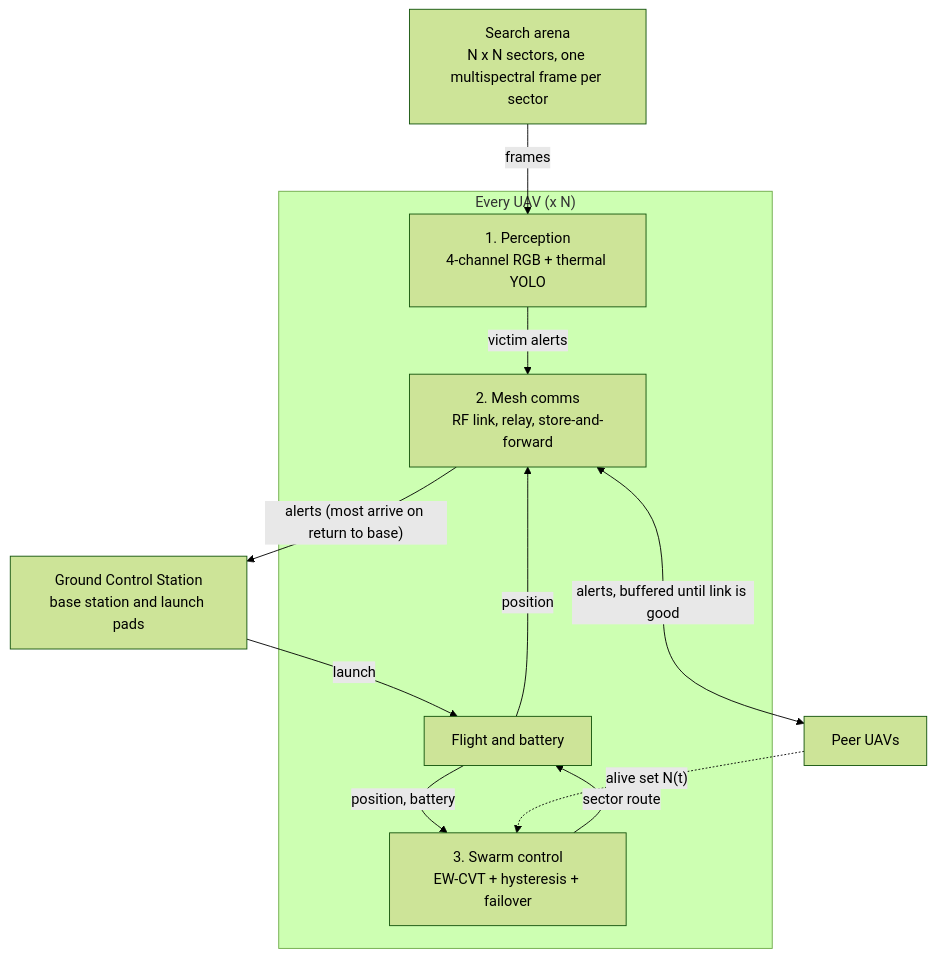
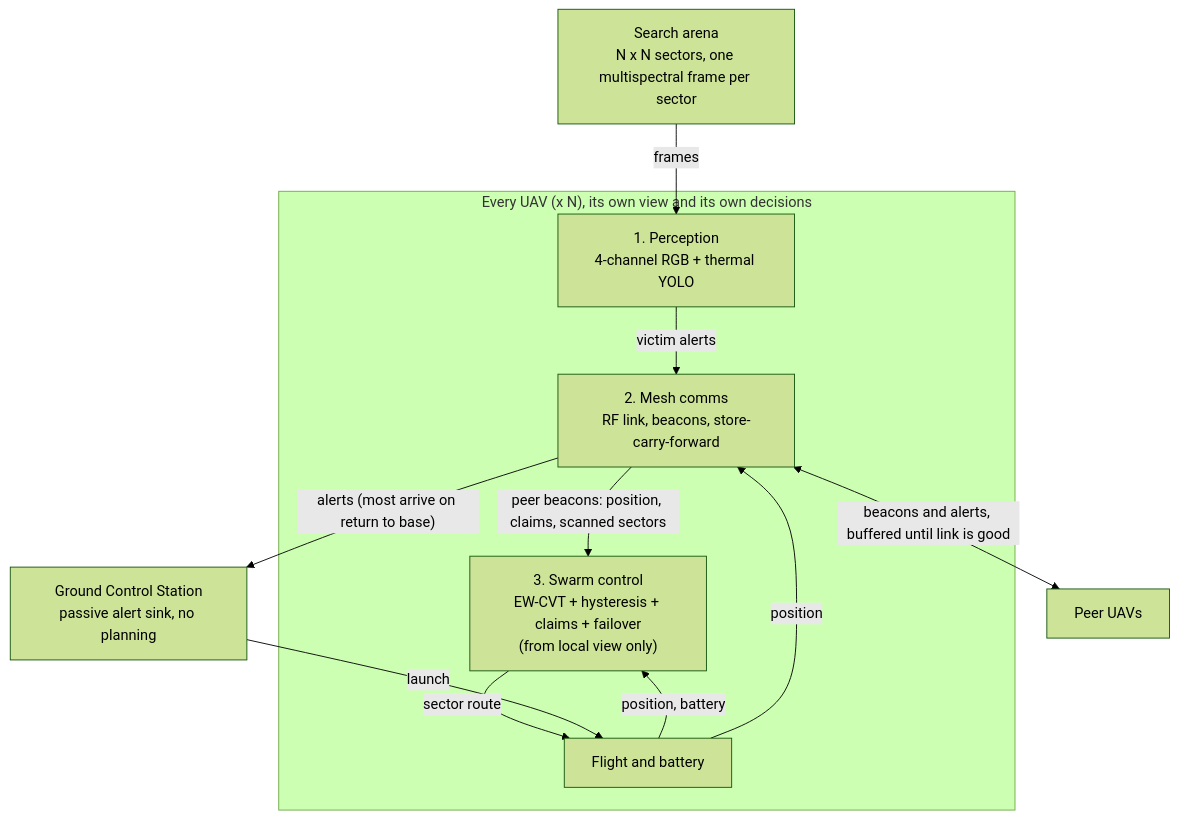
The diagram in README.md (CodeWithDevesh/FlyNetSim), drawn with Mermaid (forest theme) before and after one commit. The commit also changed other lines of this file and 17 other files, not shown here.

First line of the commit message:
feat: decentralize swarm control (per-UAV views, beacons, claims, lease-based failover) and add store-carry-forward alert relaying

````diff
--- a/README.md
+++ b/README.md
@@ -34,24 +34,24 @@
 ```mermaid
 flowchart TB
   ARENA["Search arena<br/>N x N sectors, one multispectral frame per sector"]
-  GCS["Ground Control Station<br/>base station and launch pads"]
+  GCS["Ground Control Station<br/>passive alert sink, no planning"]
 
-  subgraph UAV["Every UAV (x N)"]
+  subgraph UAV["Every UAV (x N), its own view and its own decisions"]
     PERC["1. Perception<br/>4-channel RGB + thermal YOLO"]
-    COMM["2. Mesh comms<br/>RF link, relay, store-and-forward"]
-    CTRL["3. Swarm control<br/>EW-CVT + hysteresis + failover"]
+    COMM["2. Mesh comms<br/>RF link, beacons, store-carry-forward"]
+    CTRL["3. Swarm control<br/>EW-CVT + hysteresis + claims + failover<br/>(from local view only)"]
     FLT["Flight and battery"]
     PERC -- "victim alerts" --> COMM
+    COMM -- "peer beacons: position, claims, scanned sectors" --> CTRL
     CTRL -- "sector route" --> FLT
     FLT -- "position, battery" --> CTRL
     FLT -- "position" --> COMM
   end
 
   PEERS["Peer UAVs"]
 
   ARENA -- "frames" --> PERC
   GCS -- "launch" --> FLT
   COMM -- "alerts (most arrive on return to base)" --> GCS
-  COMM <-->|"alerts, buffered until link is good"| PEERS
-  PEERS -. "alive set N(t)" .-> CTRL
+  COMM <-->|"beacons and alerts, buffered until link is good"| PEERS
 ```
````
